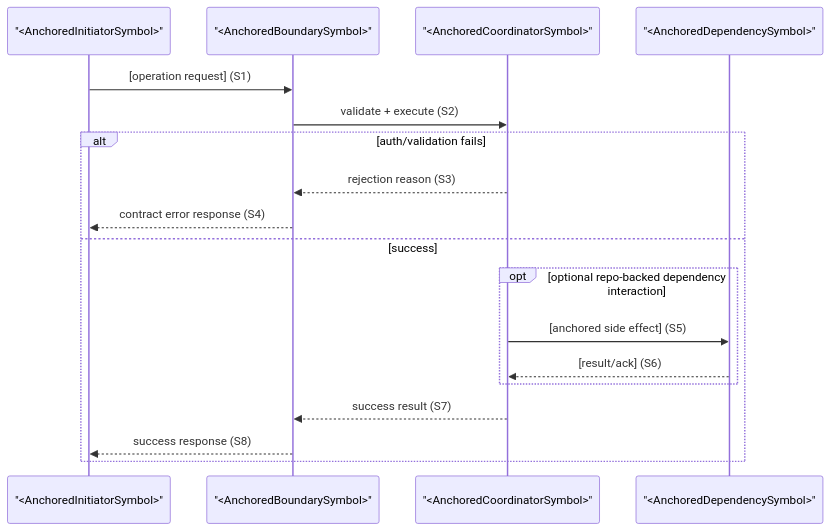
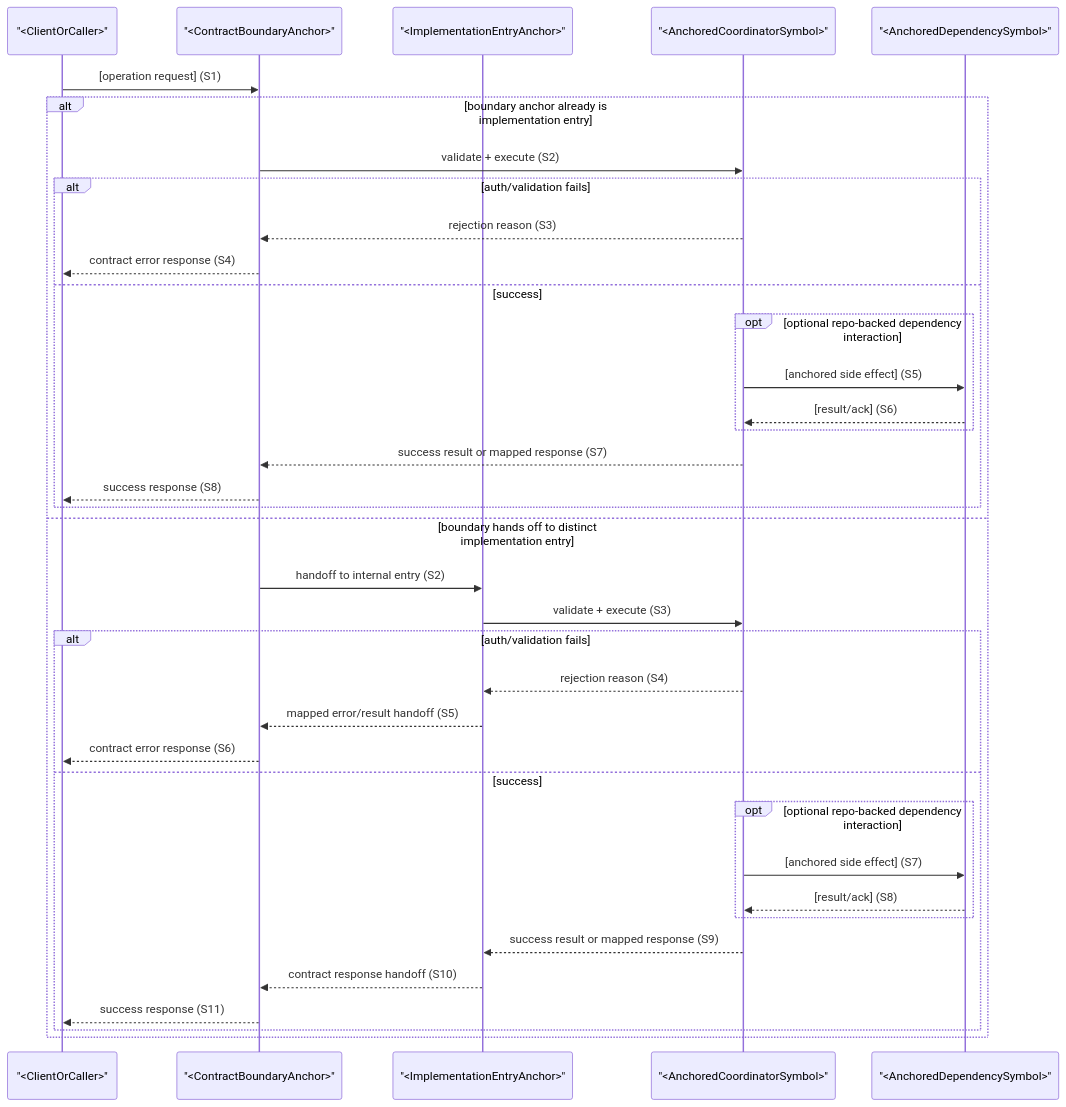
One commit to bigsmartben/sdd changed the first of 2 diagrams in templates/interface-detail-template.md. Above: the diagram before and after it, drawn with Mermaid. The commit also changed other lines of this file and 47 other files, not shown here.

````diff
--- a/templates/interface-detail-template.md
+++ b/templates/interface-detail-template.md
@@ -74,21 +81,41 @@
 ```mermaid
 sequenceDiagram
-    participant Initiator as "<AnchoredInitiatorSymbol>"
-    participant Boundary as "<AnchoredBoundarySymbol>"
+    participant Initiator as "<ClientOrCaller>"
+    participant Boundary as "<ContractBoundaryAnchor>"
+    %% Declare Entry only when it differs from Boundary.
+    participant Entry as "<ImplementationEntryAnchor>"
     participant Coordinator as "<AnchoredCoordinatorSymbol>"
     participant Dependency as "<AnchoredDependencySymbol>"
 
     Initiator->>Boundary: [operation request] (S1)
-    Boundary->>Coordinator: validate + execute (S2)
-    alt auth/validation fails
-        Coordinator-->>Boundary: rejection reason (S3)
-        Boundary-->>Initiator: contract error response (S4)
-    else success
-        opt optional repo-backed dependency interaction
-            Coordinator->>Dependency: [anchored side effect] (S5)
-            Dependency-->>Coordinator: [result/ack] (S6)
+    alt boundary anchor already is implementation entry
+        Boundary->>Coordinator: validate + execute (S2)
+        alt auth/validation fails
+            Coordinator-->>Boundary: rejection reason (S3)
+            Boundary-->>Initiator: contract error response (S4)
+        else success
+            opt optional repo-backed dependency interaction
+                Coordinator->>Dependency: [anchored side effect] (S5)
+                Dependency-->>Coordinator: [result/ack] (S6)
+            end
+            Coordinator-->>Boundary: success result or mapped response (S7)
+            Boundary-->>Initiator: success response (S8)
         end
-        Coordinator-->>Boundary: success result (S7)
-        Boundary-->>Initiator: success response (S8)
+    else boundary hands off to distinct implementation entry
+        Boundary->>Entry: handoff to internal entry (S2)
+        Entry->>Coordinator: validate + execute (S3)
+        alt auth/validation fails
+            Coordinator-->>Entry: rejection reason (S4)
+            Entry-->>Boundary: mapped error/result handoff (S5)
+            Boundary-->>Initiator: contract error response (S6)
+        else success
+            opt optional repo-backed dependency interaction
+                Coordinator->>Dependency: [anchored side effect] (S7)
+                Dependency-->>Coordinator: [result/ack] (S8)
+            end
+            Coordinator-->>Entry: success result or mapped response (S9)
+            Entry-->>Boundary: contract response handoff (S10)
+            Boundary-->>Initiator: success response (S11)
+        end
     end
 ```
````
